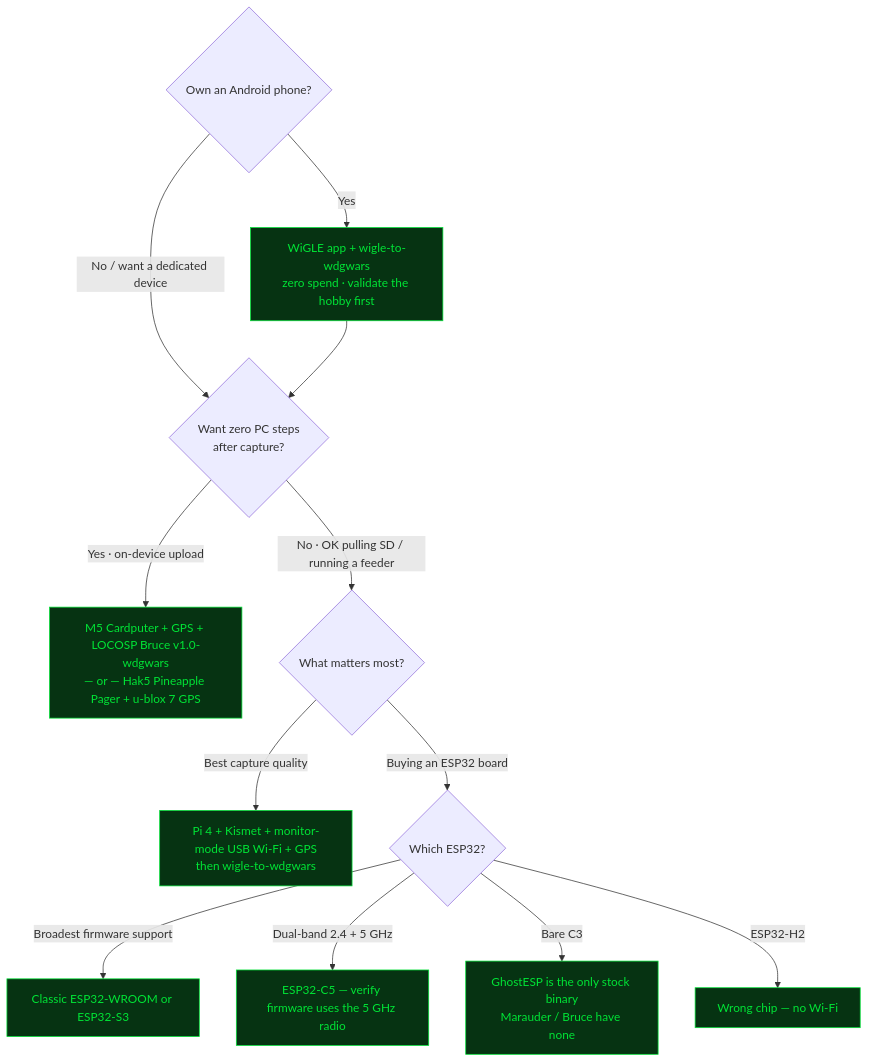
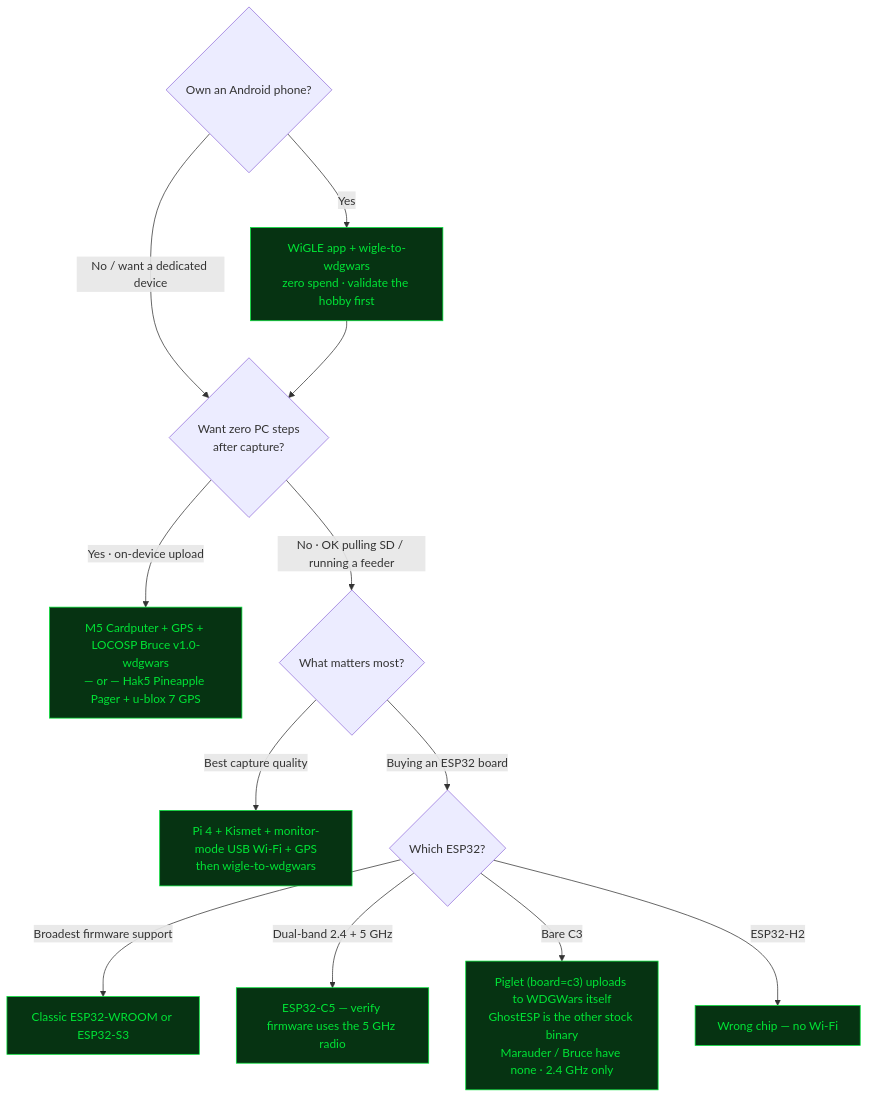
The second of 2 diagrams in docs/survey.md (HiroAlleyCat/wdgo-onramp), drawn with Mermaid before and after one commit. The commit also changed other lines of this file and 5 other files, not shown here.

````diff
--- a/docs/survey.md
+++ b/docs/survey.md
@@ -281,17 +288,17 @@
 ```mermaid
 flowchart TD
     q1{"Own an Android phone?"}
     q1 -->|Yes| a1["WiGLE app + wigle-to-wdgwars<br/>zero spend · validate the hobby first"]
     q1 -->|"No / want a dedicated device"| q2
     a1 --> q2{"Want zero PC steps<br/>after capture?"}
     q2 -->|"Yes · on-device upload"| a2["M5 Cardputer + GPS + LOCOSP Bruce v1.0-wdgwars<br/>— or — Hak5 Pineapple Pager + u-blox 7 GPS"]
     q2 -->|"No · OK pulling SD / running a feeder"| q3{"What matters most?"}
     q3 -->|"Best capture quality"| a3["Pi 4 + Kismet + monitor-mode USB Wi-Fi + GPS<br/>then wigle-to-wdgwars"]
     q3 -->|"Buying an ESP32 board"| q4{"Which ESP32?"}
     q4 -->|"Broadest firmware support"| e1["Classic ESP32-WROOM or ESP32-S3"]
     q4 -->|"Dual-band 2.4 + 5 GHz"| e2["ESP32-C5 — verify firmware uses the 5 GHz radio"]
-    q4 -->|"Bare C3"| e3["GhostESP is the only stock binary<br/>Marauder / Bruce have none"]
+    q4 -->|"Bare C3"| e3["Piglet (board=c3) uploads to WDGWars itself<br/>GhostESP is the other stock binary<br/>Marauder / Bruce have none · 2.4 GHz only"]
     q4 -->|"ESP32-H2"| e4["Wrong chip — no Wi-Fi"]
     classDef answer fill:#063312,stroke:#00e436,color:#00e436
     class a1,a2,a3,e1,e2,e3,e4 answer
 ```
````
